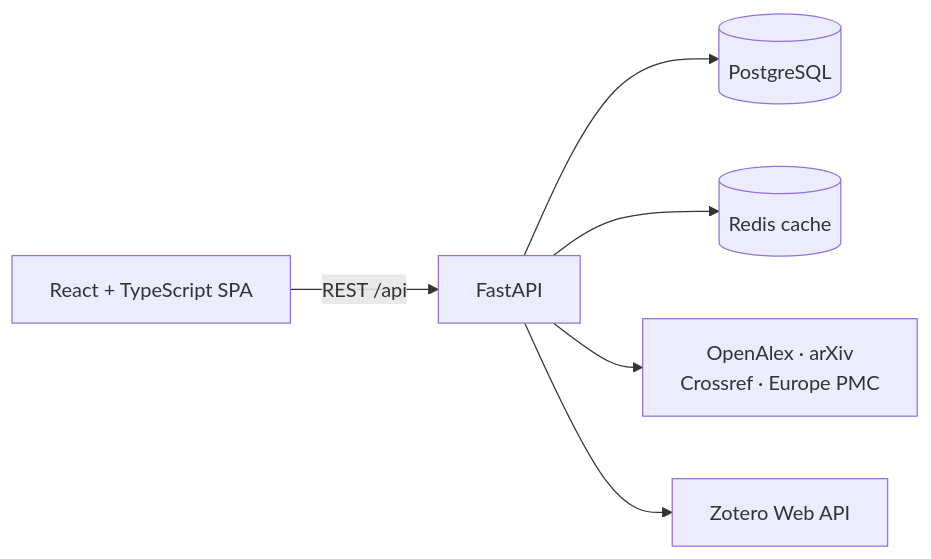
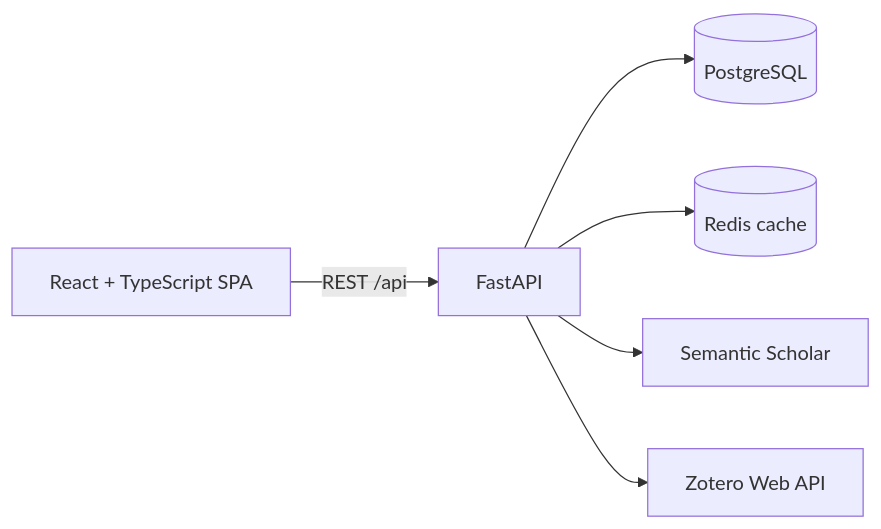
One commit to GiuseppeSoriano/OpenBib changed the diagram in README.md. Above: the diagram before and after it, drawn with Mermaid. The commit also changed other lines of this file and 33 other files, not shown here.

Commit message:
feat: use Semantic Scholar as the sole active paper provider

````diff
--- a/README.md
+++ b/README.md
@@ -29,8 +29,8 @@
 ```mermaid
 flowchart LR
     Browser[React + TypeScript SPA] -->|REST /api| API[FastAPI]
     API --> Postgres[(PostgreSQL)]
     API --> Redis[(Redis cache)]
-    API --> Providers[OpenAlex · arXiv<br/>Crossref · Europe PMC]
+    API --> Providers[Semantic Scholar]
     API --> Zotero[Zotero Web API]
 ```
````
